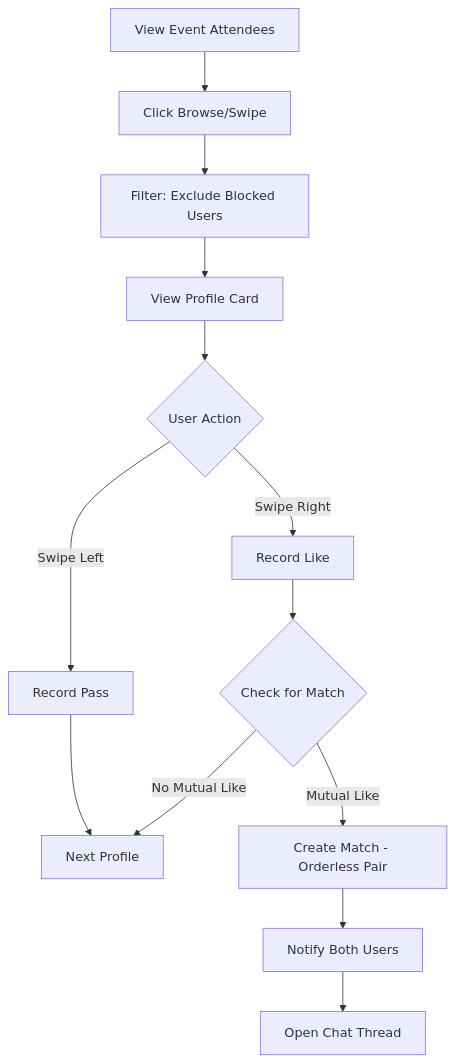
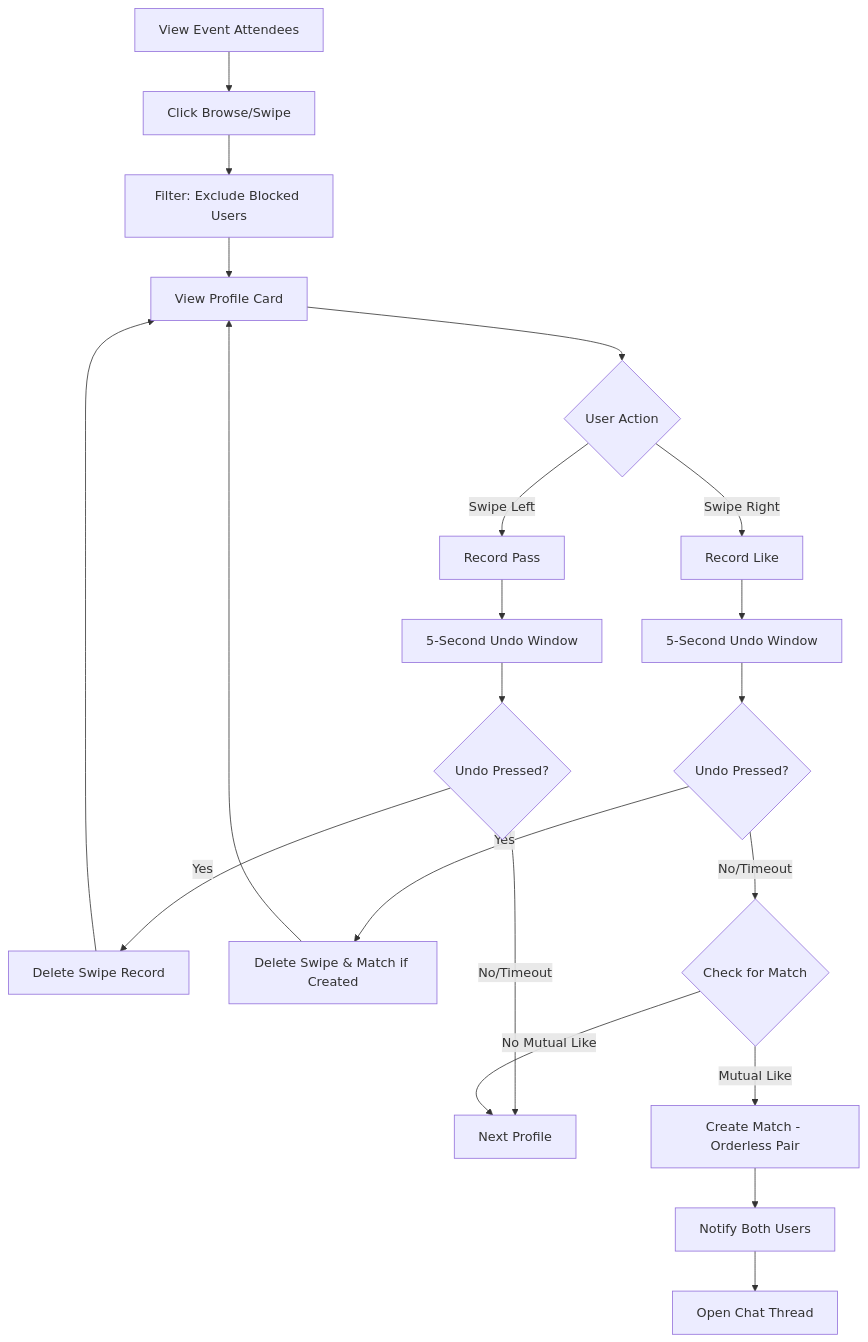
Before and after one commit to ketochiesesoyyo/konfetti-capacitor-integration: the fourth of 7 diagrams in PRODUCT_REQUIREMENTS_DOCUMENT.md, drawn with Mermaid. The commit also changed other lines of this file, not shown here.

````diff
--- a/PRODUCT_REQUIREMENTS_DOCUMENT.md
+++ b/PRODUCT_REQUIREMENTS_DOCUMENT.md
@@ -1214,15 +1222,23 @@
 ```mermaid
 graph TD
     A[View Event Attendees] --> B[Click Browse/Swipe]
     B --> C[Filter: Exclude Blocked Users]
     C --> D[View Profile Card]
     D --> E{User Action}
     E --> |Swipe Left| F[Record Pass]
     E --> |Swipe Right| G[Record Like]
-    F --> H[Next Profile]
-    G --> I{Check for Match}
-    I --> |No Mutual Like| H
-    I --> |Mutual Like| J[Create Match - Orderless Pair]
-    J --> K[Notify Both Users]
-    K --> L[Open Chat Thread]
+    F --> H[5-Second Undo Window]
+    G --> I[5-Second Undo Window]
+    H --> J{Undo Pressed?}
+    I --> K{Undo Pressed?}
+    J --> |Yes| L[Delete Swipe Record]
+    K --> |Yes| M[Delete Swipe & Match if Created]
+    L --> D
+    M --> D
+    J --> |No/Timeout| N[Next Profile]
+    K --> |No/Timeout| O{Check for Match}
+    O --> |No Mutual Like| N
+    O --> |Mutual Like| P[Create Match - Orderless Pair]
+    P --> Q[Notify Both Users]
+    Q --> R[Open Chat Thread]
 ```
````
